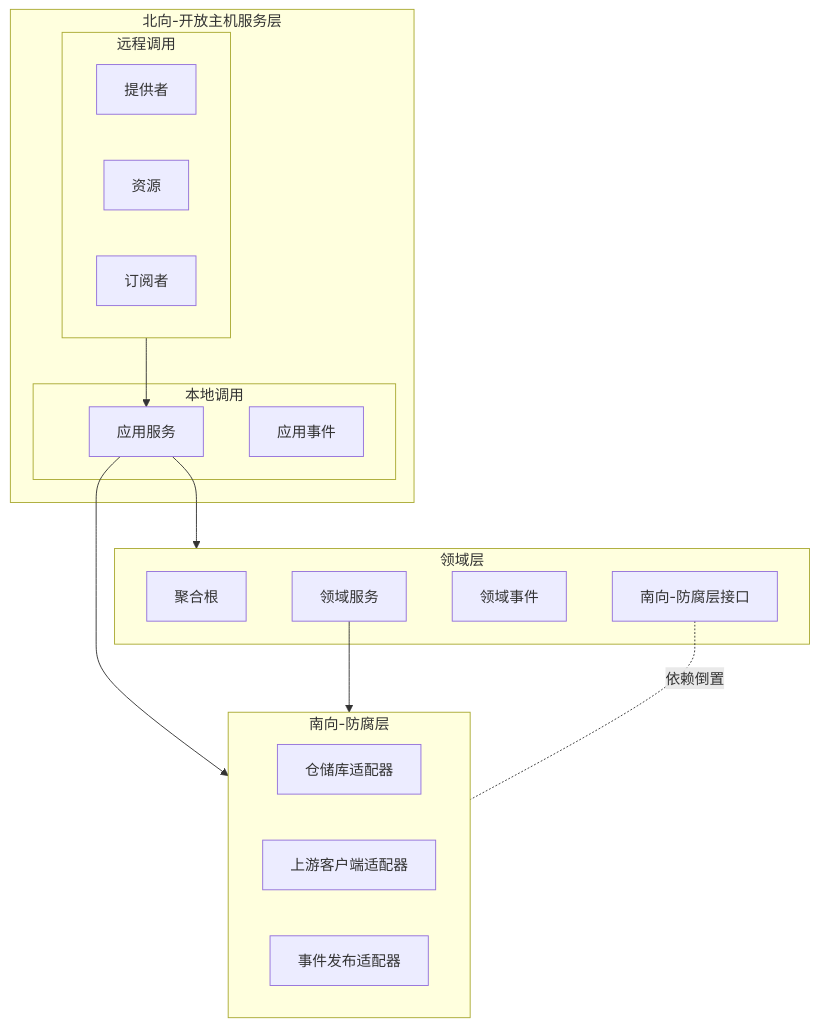
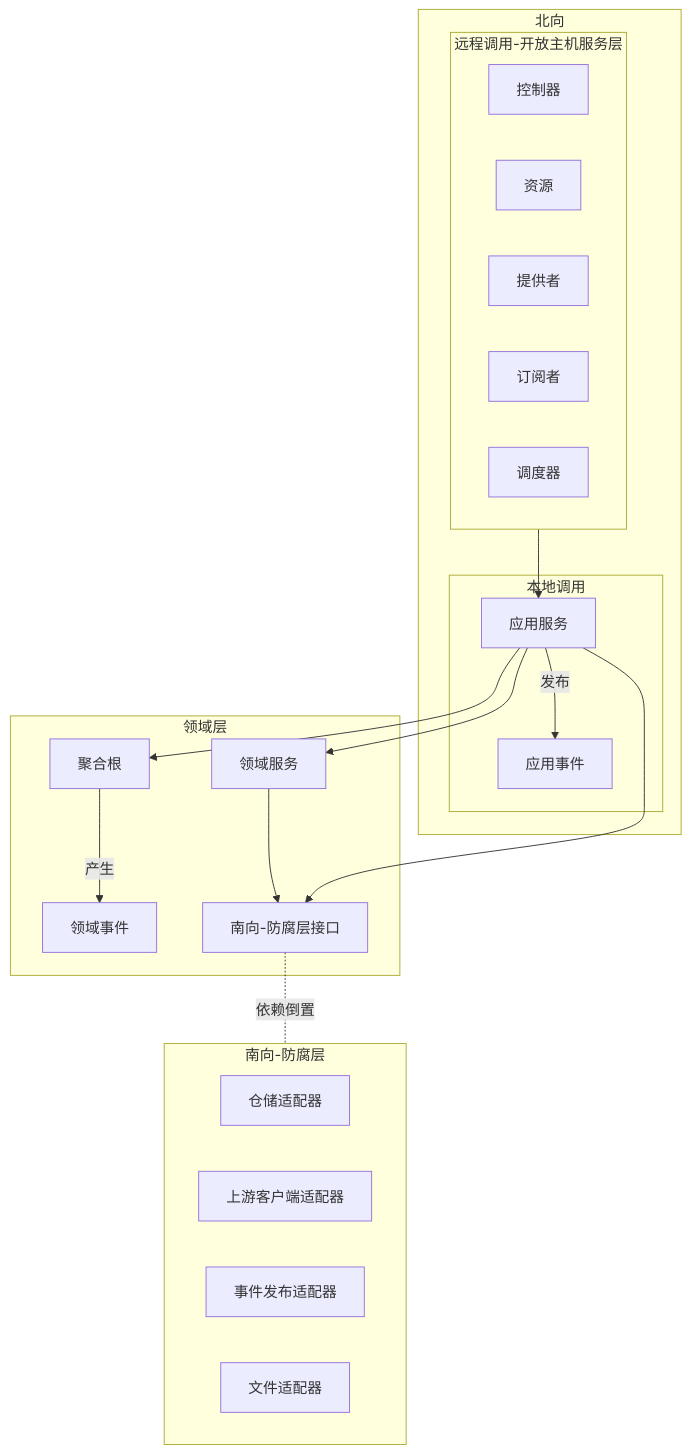
Before and after one commit to WangLiangChen/matrix-framework: the second of 2 diagrams in matrix-framework-ddd/Guideline_DDD.md, drawn with Mermaid. The commit also changed other lines of this file and 1 other file, not shown here.

````diff
--- a/matrix-framework-ddd/Guideline_DDD.md
+++ b/matrix-framework-ddd/Guideline_DDD.md
@@ -134,29 +192,36 @@
 ```mermaid
 graph TD
-    subgraph NorthBound_OHS[北向-开放主机服务层]
-        subgraph Remote[远程调用]
+    subgraph NorthBound[北向]
+        subgraph Remote[远程调用-开放主机服务层]
+            Controller[控制器]
+            Resource[资源]
             Provider[提供者]
-            Resource[资源]
             Subscriber[订阅者]
+            Scheduler[调度器]
         end
         subgraph Local[本地调用]
             ApplicationService[应用服务]
             ApplicationEvent[应用事件]
         end
     end
     subgraph Domain[领域层]
         AggregateRoot[聚合根]
         DomainService[领域服务]
         DomainEvent[领域事件]
         Port[南向-防腐层接口]
     end
     subgraph SouthBound_ACL[南向-防腐层]
-        RepositoryAdapter[仓储库适配器]
+        RepositoryAdapter[仓储适配器]
         ClientAdapter[上游客户端适配器]
         PublisherAdapter[事件发布适配器]
+        FileAdapter[文件适配器]
     end
-    ApplicationService --> SouthBound_ACL
-    Remote --> ApplicationService --> Domain
-    DomainService --> SouthBound_ACL
+    Remote --> ApplicationService
+    ApplicationService -- 发布 --> ApplicationEvent
+    ApplicationService --> DomainService
+    ApplicationService --> Port
+    ApplicationService --> AggregateRoot
+    DomainService --> Port
+    AggregateRoot -- 产生 --> DomainEvent
     Port <-.-|依赖倒置| SouthBound_ACL
 ```
````
